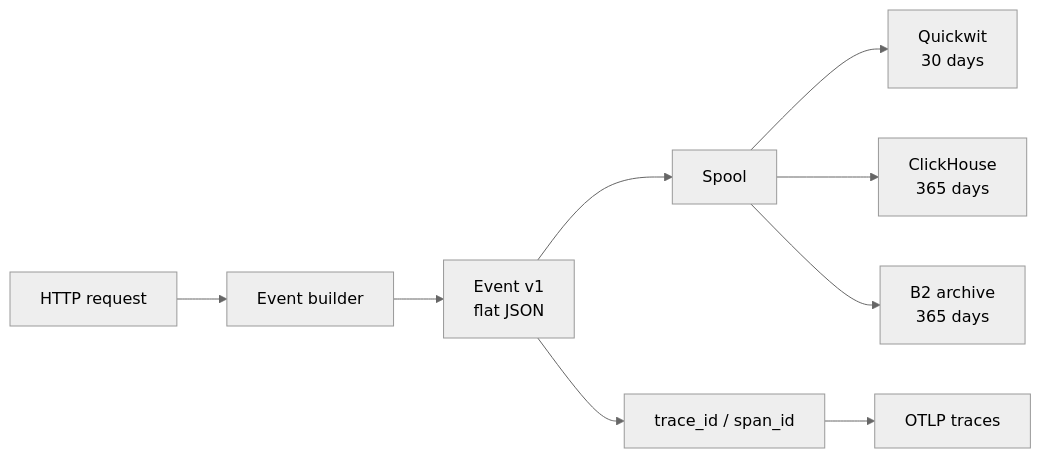
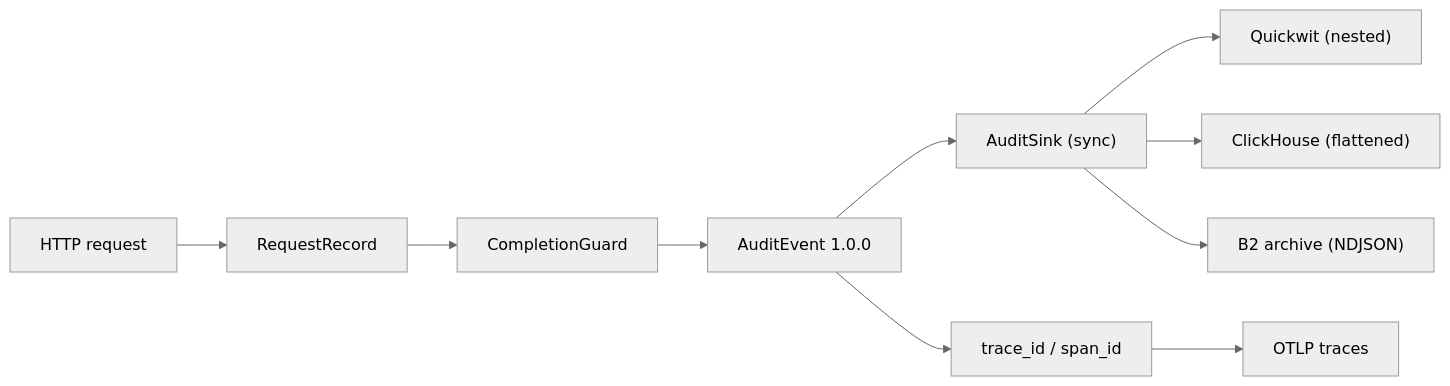
One commit to mkroman/neuradex changed the first of 3 diagrams in docs/architecture/event-model.md. Above: the diagram before and after it, drawn with Mermaid (neutral theme). The commit also changed other lines of this file and 30 other files, not shown here.

````diff
--- a/docs/architecture/event-model.md
+++ b/docs/architecture/event-model.md
@@ -14,11 +13,12 @@
 ```mermaid
 flowchart LR
-    R["HTTP request"] --> B["Event builder"]
-    B --> E["Event v1<br/>flat JSON"]
-    E --> S["Spool"]
-    S --> Q["Quickwit<br/>30 days"]
-    S --> C["ClickHouse<br/>365 days"]
-    S --> A["B2 archive<br/>365 days"]
+    R["HTTP request"] --> B["RequestRecord"]
+    B --> G["CompletionGuard"]
+    G --> E["AuditEvent 1.0.0"]
+    E --> S["AuditSink (sync)"]
+    S --> Q["Quickwit (nested)"]
+    S --> C["ClickHouse (flattened)"]
+    S --> A["B2 archive (NDJSON)"]
     E --> T["trace_id / span_id"]
     T --> J["OTLP traces"]
 ```
````
